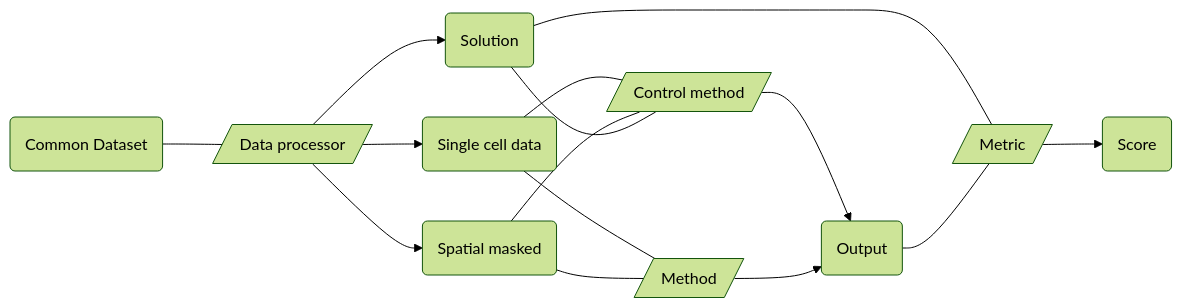
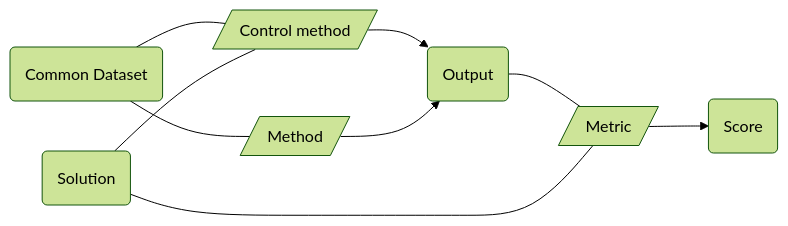
Before and after one commit to openproblems-bio/openproblems-v2: the diagram in src/tasks/spatially_variable_genes/README.md, drawn with Mermaid (forest theme). The commit also changed other lines of this file and 1 other file, not shown here.

````diff
--- a/src/tasks/spatially_variable_genes/README.md
+++ b/src/tasks/spatially_variable_genes/README.md
@@ -36,27 +43,18 @@
 ``` mermaid
 flowchart LR
   file_common_dataset("Common Dataset")
-  comp_process_dataset[/"Data processor"/]
-  file_single_cell("Single cell data")
-  file_spatial_masked("Spatial masked")
-  file_solution("Solution")
   comp_control_method[/"Control method"/]
   comp_method[/"Method"/]
+  file_output("Output")
   comp_metric[/"Metric"/]
-  file_output("Output")
   file_score("Score")
-  file_common_dataset---comp_process_dataset
-  comp_process_dataset-->file_single_cell
-  comp_process_dataset-->file_spatial_masked
-  comp_process_dataset-->file_solution
-  file_single_cell---comp_control_method
-  file_single_cell---comp_method
-  file_spatial_masked---comp_control_method
-  file_spatial_masked---comp_method
+  file_solution("Solution")
+  file_common_dataset---comp_control_method
+  file_common_dataset---comp_method
+  comp_control_method-->file_output
+  comp_method-->file_output
+  file_output---comp_metric
+  comp_metric-->file_score
   file_solution---comp_control_method
   file_solution---comp_metric
-  comp_control_method-->file_output
-  comp_method-->file_output
-  comp_metric-->file_score
-  file_output---comp_metric
 ```
````
